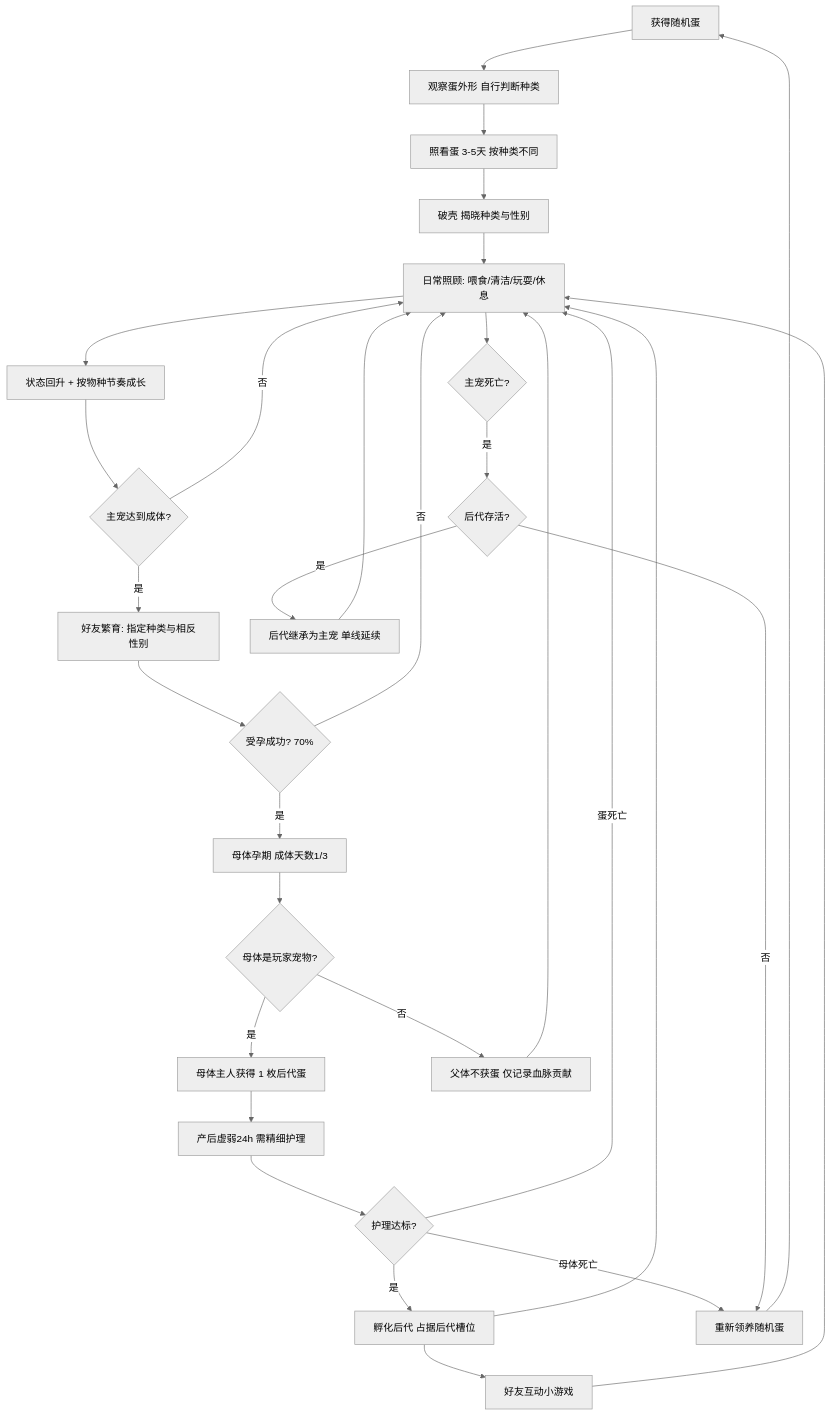
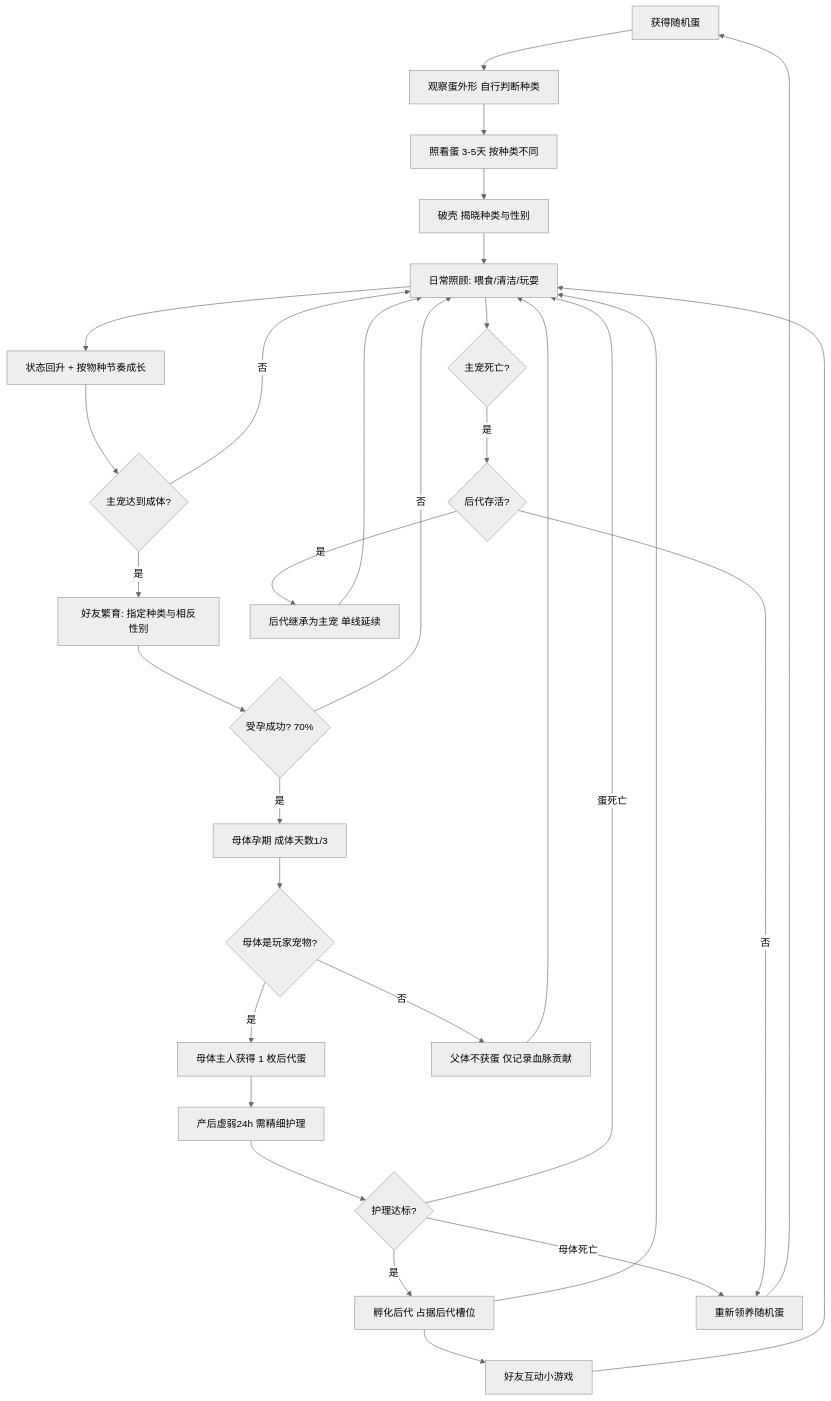
The diagram in docs/游戏设计文档.md (miniDesigner/CyberPet), drawn with Mermaid (neutral theme) before and after one commit. The commit also changed other lines of this file and 9 other files, not shown here.

````diff
--- a/docs/游戏设计文档.md
+++ b/docs/游戏设计文档.md
@@ -52,32 +52,32 @@
 ```mermaid
 flowchart TD
     A[获得随机蛋] --> B[观察蛋外形 自行判断种类]
     B --> C[照看蛋 3-5天 按种类不同]
     C --> D[破壳 揭晓种类与性别]
-    D --> E[日常照顾: 喂食/清洁/玩耍/休息]
+    D --> E[日常照顾: 喂食/清洁/玩耍]
     E --> F[状态回升 + 按物种节奏成长]
     F --> G{主宠达到成体?}
     G -->|否| E
     G -->|是| H[好友繁育: 指定种类与相反性别]
     H --> I{受孕成功? 70%}
     I -->|否| E
     I -->|是| J[母体孕期 成体天数1/3]
     J --> K{母体是玩家宠物?}
     K -->|是| L[母体主人获得 1 枚后代蛋]
     K -->|否| M[父体不获蛋 仅记录血脉贡献]
     M --> E
     L --> L2[产后虚弱24h 需精细护理]
     L2 --> L3{护理达标?}
     L3 -->|是| N[孵化后代 占据后代槽位]
     L3 -->|蛋死亡| E
     L3 -->|母体死亡| S
     N --> E
     N --> O[好友互动小游戏]
     O --> E
     E --> P{主宠死亡?}
     P -->|是| Q{后代存活?}
     Q -->|是| R[后代继承为主宠 单线延续]
     Q -->|否| S[重新领养随机蛋]
     R --> E
     S --> A
 ```
````
